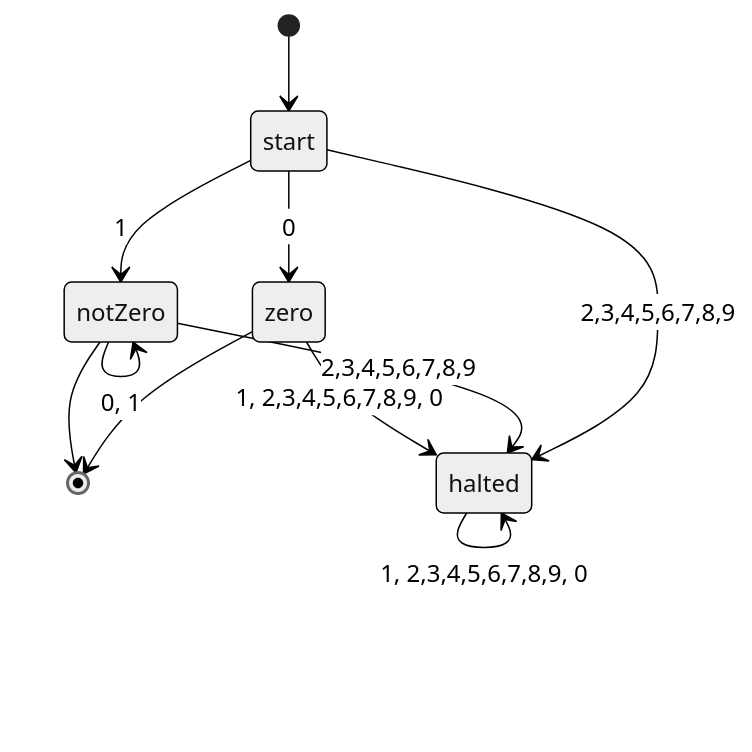
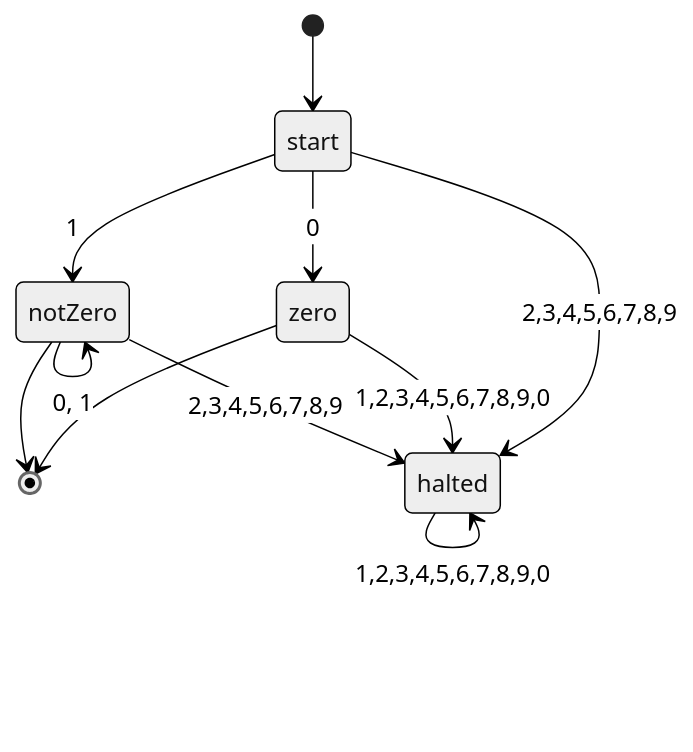
Diagram 53 of 59 in _posts/2019-09-21-recognizing-myself.md (raganwald/raganwald.github.com), drawn with Mermaid (neutral theme) before and after one commit. The commit also changed other lines of this file and 5 other files, not shown here.

```diff
--- a/_posts/2019-09-21-recognizing-myself.md
+++ b/_posts/2019-09-21-recognizing-myself.md
@@ -2654,13 +2748,13 @@
 <div class="mermaid">
   stateDiagram
     [*] --> start
     start --> zero : 0
     start --> notZero : 1
     start-->halted : 2,3,4,5,6,7,8,9
+    zero-->halted : 1,2,3,4,5,6,7,8,9,0
     notZero --> notZero : 0, 1
     notZero-->halted : 2,3,4,5,6,7,8,9
-    zero-->halted : 1, 2,3,4,5,6,7,8,9, 0
-    halted-->halted : 1, 2,3,4,5,6,7,8,9, 0
+    halted-->halted : 1,2,3,4,5,6,7,8,9,0
     zero --> [*]
     notZero --> [*]
 </div>
```
